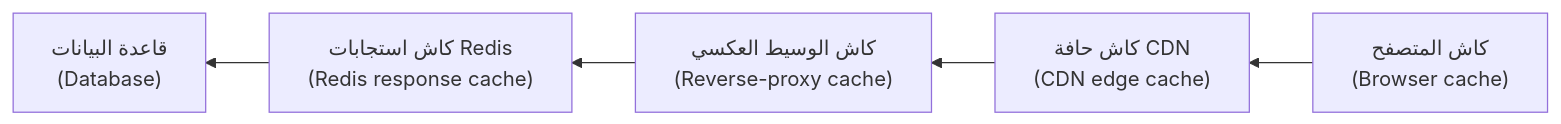
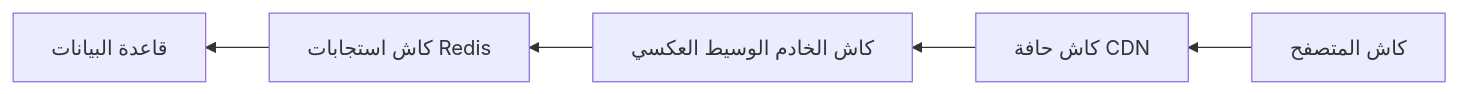
Before and after one commit to Tamoura/system-design-for-vibe-coders: the second of 5 diagrams in modules/03-caching/module.ar.md, drawn with Mermaid. The commit also changed other lines of this file and 551 other files, not shown here.

````diff
--- a/modules/03-caching/module.ar.md
+++ b/modules/03-caching/module.ar.md
@@ -87,7 +89,7 @@
 ```mermaid
 flowchart RL
-    B["كاش المتصفح<br/>(Browser cache)"] --> CDN["كاش حافة CDN<br/>(CDN edge cache)"]
-    CDN --> P["كاش الوسيط العكسي<br/>(Reverse-proxy cache)"]
-    P --> R["كاش استجابات Redis<br/>(Redis response cache)"]
-    R --> DB["قاعدة البيانات<br/>(Database)"]
+    B["كاش المتصفح"] --> CDN["كاش حافة CDN"]
+    CDN --> P["كاش الخادم الوسيط العكسي"]
+    P --> R["كاش استجابات Redis"]
+    R --> DB["قاعدة البيانات"]
 ```
````
